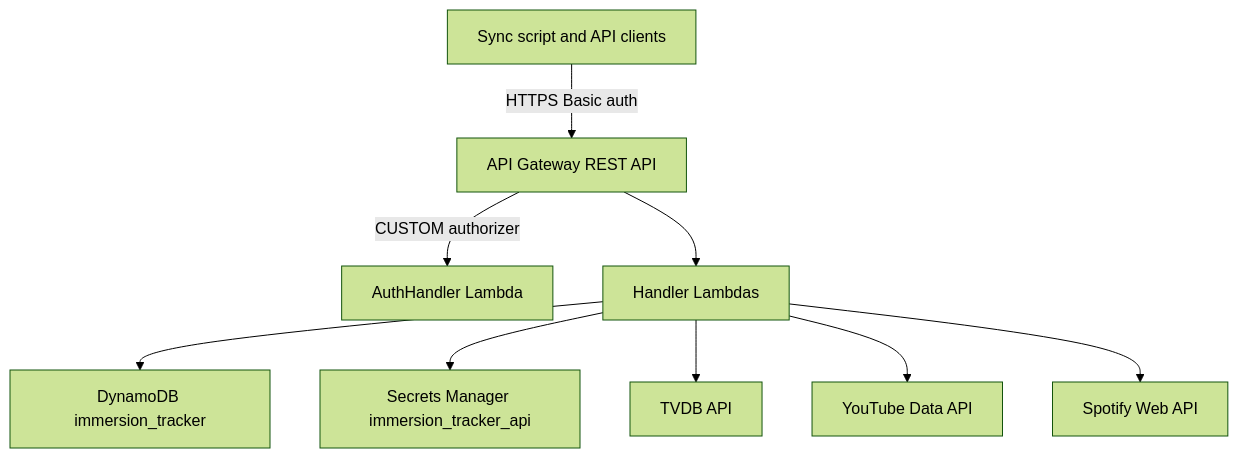
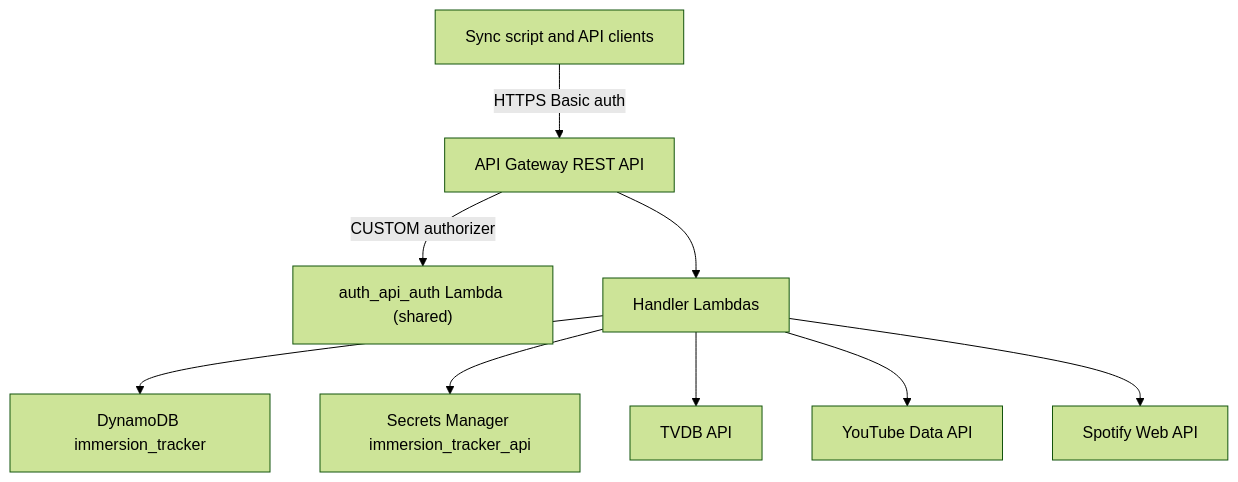
One commit to jordansimsmith/jordansimsmith-com changed the first of 2 diagrams in immersion_tracker_api/README.md. Above: the diagram before and after it, drawn with Mermaid (forest theme). The commit also changed other lines of this file and 52 other files, not shown here.

Commit message:
Centralise lambda authorizers into shared auth_api service

````diff
--- a/immersion_tracker_api/README.md
+++ b/immersion_tracker_api/README.md
@@ -39,11 +39,11 @@
 ```mermaid
 flowchart TD
   syncClient[Sync script and API clients] -->|"HTTPS Basic auth"| apiGateway[API Gateway REST API]
-  apiGateway -->|"CUSTOM authorizer"| authLambda[AuthHandler Lambda]
+  apiGateway -->|"CUSTOM authorizer"| authLambda["auth_api_auth Lambda (shared)"]
   apiGateway --> handlers[Handler Lambdas]
   handlers --> ddb[DynamoDB immersion_tracker]
   handlers --> secrets[Secrets Manager immersion_tracker_api]
   handlers --> tvdb[TVDB API]
   handlers --> youtube[YouTube Data API]
   handlers --> spotify[Spotify Web API]
 ```
````
